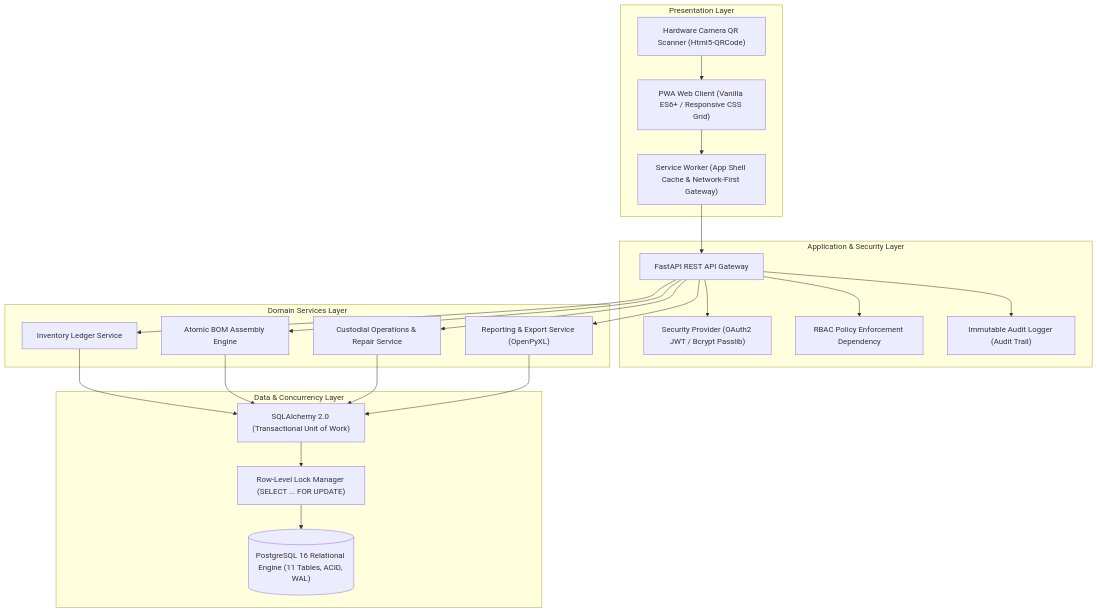
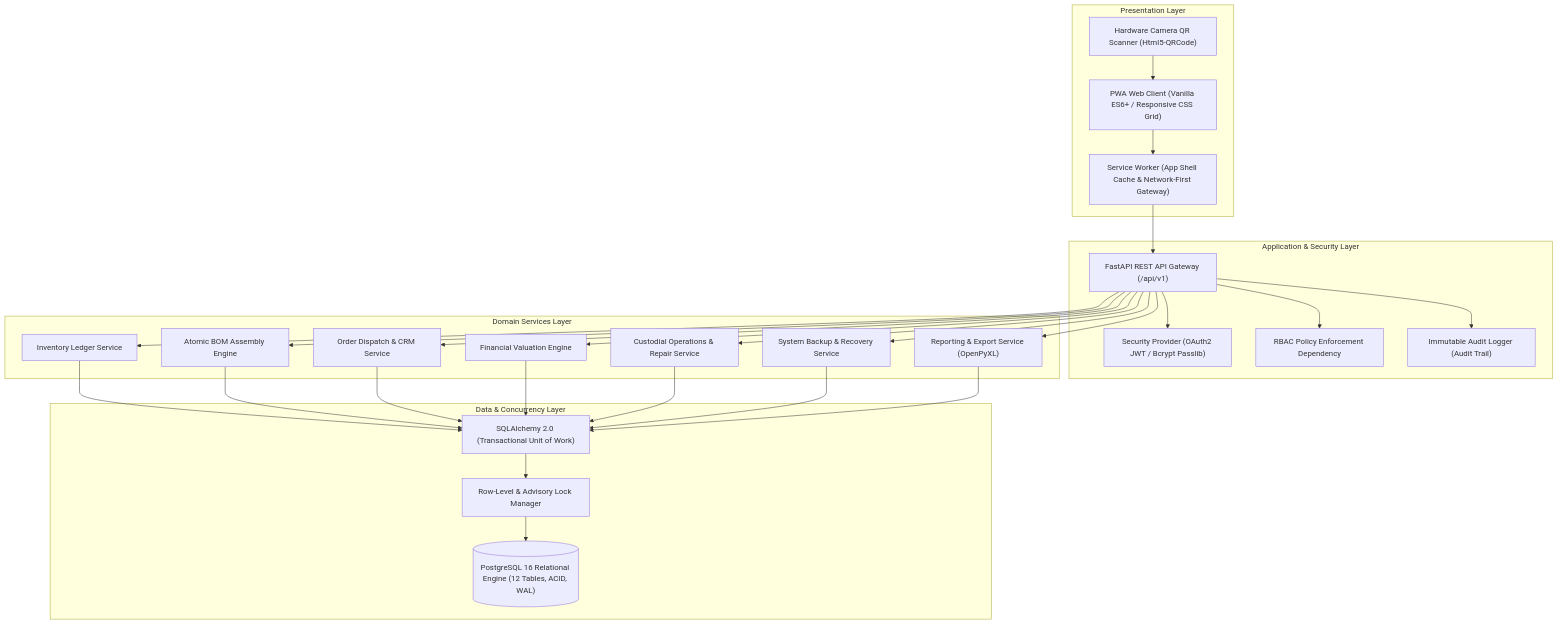
One commit to kravaiv/Deus_Drones_Public changed the diagram in README.md. Above: the diagram before and after it, drawn with Mermaid. The commit also changed other lines of this file and 3 other files, not shown here.

First line of the commit message:
docs(spec): align architecture and traceability specs with v2.1

````diff
--- a/README.md
+++ b/README.md
@@ -58,45 +63,54 @@
 ```mermaid
 graph TD
     subgraph Presentation [Presentation Layer]
         PWA["PWA Web Client (Vanilla ES6+ / Responsive CSS Grid)"]
         SW["Service Worker (App Shell Cache & Network-First Gateway)"]
         Scan["Hardware Camera QR Scanner (Html5-QRCode)"]
     end
 
     subgraph Application [Application & Security Layer]
-        API["FastAPI REST API Gateway"]
+        API["FastAPI REST API Gateway (/api/v1)"]
         Auth["Security Provider (OAuth2 JWT / Bcrypt Passlib)"]
         RBAC["RBAC Policy Enforcement Dependency"]
         Audit["Immutable Audit Logger (Audit Trail)"]
     end
 
     subgraph Domain [Domain Services Layer]
         InvSvc["Inventory Ledger Service"]
         BOMSvc["Atomic BOM Assembly Engine"]
+        OrderSvc["Order Dispatch & CRM Service"]
+        FinSvc["Financial Valuation Engine"]
         OpSvc["Custodial Operations & Repair Service"]
+        SysSvc["System Backup & Recovery Service"]
         ExportSvc["Reporting & Export Service (OpenPyXL)"]
     end
 
     subgraph Persistence [Data & Concurrency Layer]
         ORM["SQLAlchemy 2.0 (Transactional Unit of Work)"]
-        LockMgr["Row-Level Lock Manager (SELECT ... FOR UPDATE)"]
-        PG[("PostgreSQL 16 Relational Engine (11 Tables, ACID, WAL)")]
+        LockMgr["Row-Level & Advisory Lock Manager"]
+        PG[("PostgreSQL 16 Relational Engine (12 Tables, ACID, WAL)")]
     end
 
     PWA --> SW
     Scan --> PWA
     SW --> API
     API --> Auth
     API --> RBAC
     API --> Audit
     API --> InvSvc
     API --> BOMSvc
+    API --> OrderSvc
+    API --> FinSvc
     API --> OpSvc
+    API --> SysSvc
     API --> ExportSvc
     InvSvc --> ORM
     BOMSvc --> ORM
+    OrderSvc --> ORM
+    FinSvc --> ORM
     OpSvc --> ORM
+    SysSvc --> ORM
     ExportSvc --> ORM
     ORM --> LockMgr
     LockMgr --> PG
 ```
````
